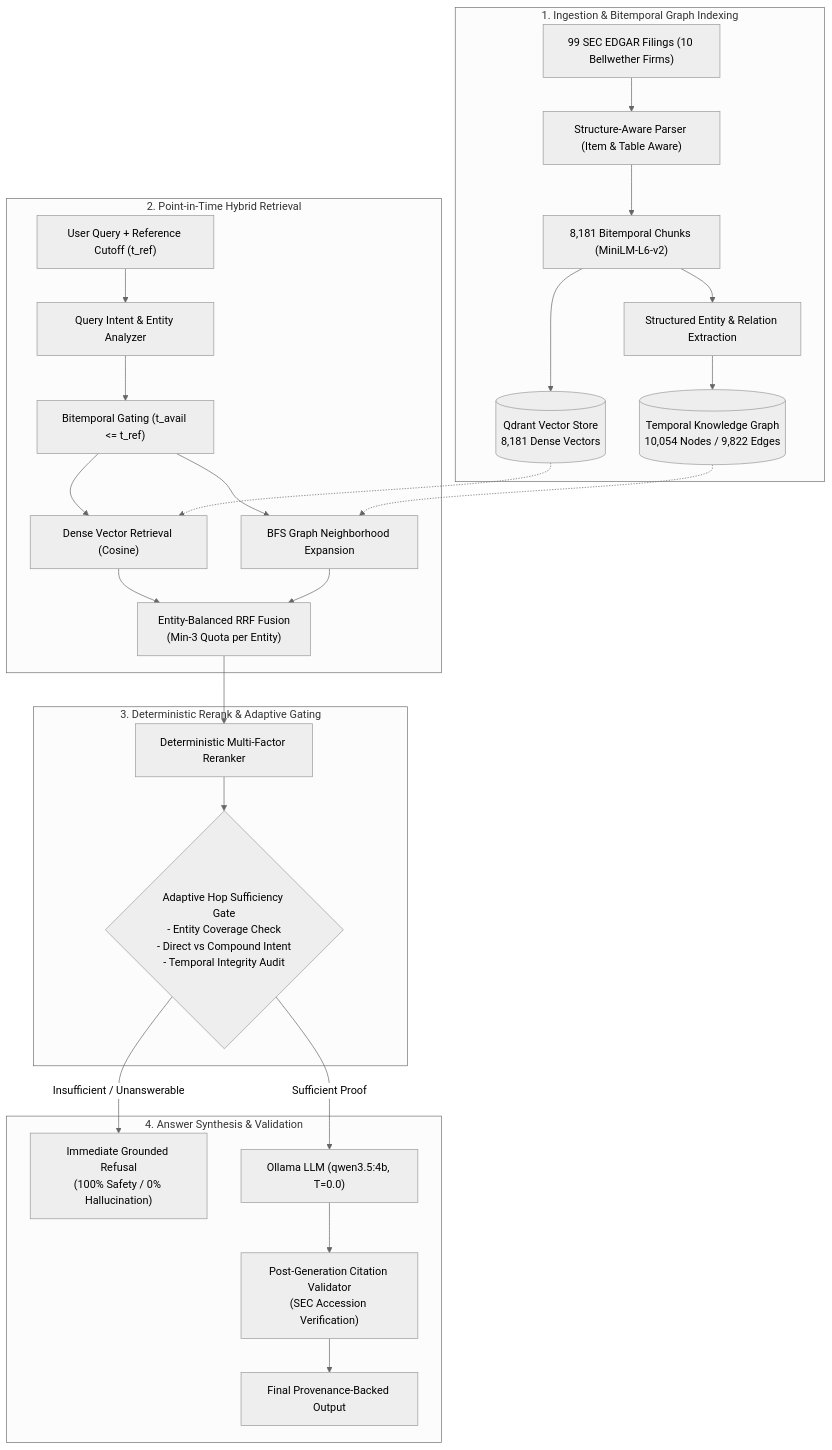
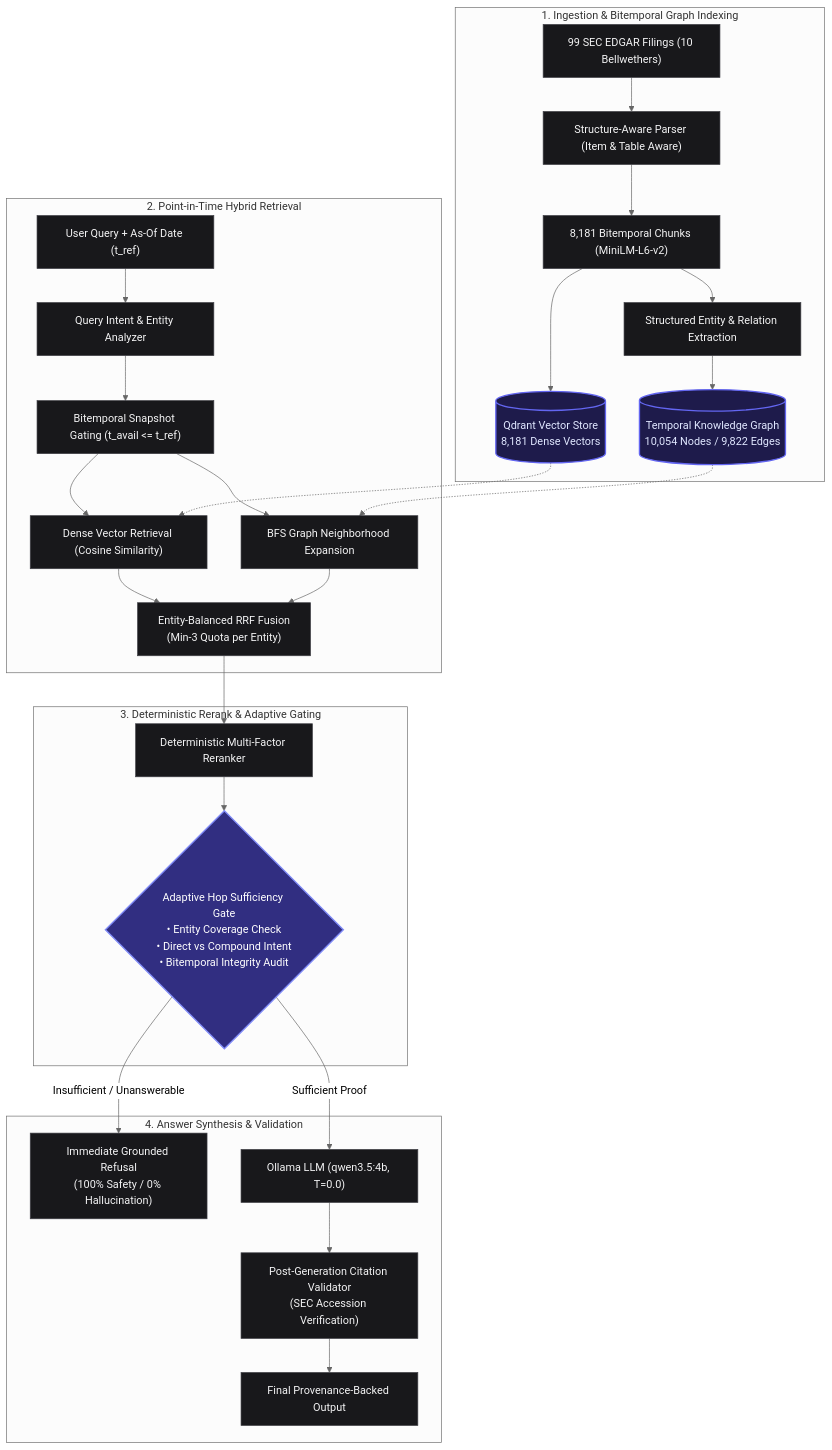
The diagram in README.md (Dhruv-vm/FinGraph-AI), drawn with Mermaid (neutral theme) before and after one commit. The commit also changed other lines of this file, not shown here.

````diff
--- a/README.md
+++ b/README.md
@@ -81,33 +134,39 @@
 ```mermaid
 flowchart TD
     subgraph DataLayer ["1. Ingestion & Bitemporal Graph Indexing"]
-        SEC["99 SEC EDGAR Filings (10 Bellwether Firms)"] --> Parser["Structure-Aware Parser (Item & Table Aware)"]
+        SEC["99 SEC EDGAR Filings (10 Bellwethers)"] --> Parser["Structure-Aware Parser (Item & Table Aware)"]
         Parser --> Chunks["8,181 Bitemporal Chunks (MiniLM-L6-v2)"]
         Chunks --> VStore[("Qdrant Vector Store<br/>8,181 Dense Vectors")]
         Chunks --> Extractor["Structured Entity & Relation Extraction"]
         Extractor --> TKG[("Temporal Knowledge Graph<br/>10,054 Nodes / 9,822 Edges")]
     end
 
     subgraph RetrievalLayer ["2. Point-in-Time Hybrid Retrieval"]
-        Query["User Query + Reference Cutoff (t_ref)"] --> Analyzer["Query Intent & Entity Analyzer"]
-        Analyzer --> SnapGate["Bitemporal Gating (t_avail <= t_ref)"]
-        SnapGate --> VRet["Dense Vector Retrieval (Cosine)"]
+        Query["User Query + As-Of Date (t_ref)"] --> Analyzer["Query Intent & Entity Analyzer"]
+        Analyzer --> SnapGate["Bitemporal Snapshot Gating (t_avail <= t_ref)"]
+        SnapGate --> VRet["Dense Vector Retrieval (Cosine Similarity)"]
         SnapGate --> GRet["BFS Graph Neighborhood Expansion"]
         VStore -.-> VRet
         TKG -.-> GRet
         VRet --> EBRRF["Entity-Balanced RRF Fusion<br/>(Min-3 Quota per Entity)"]
         GRet --> EBRRF
     end
 
     subgraph ReasoningLayer ["3. Deterministic Rerank & Adaptive Gating"]
         EBRRF --> Reranker["Deterministic Multi-Factor Reranker"]
-        Reranker --> SuffGate{"Adaptive Hop Sufficiency Gate<br/>- Entity Coverage Check<br/>- Direct vs Compound Intent<br/>- Temporal Integrity Audit"}
+        Reranker --> SuffGate{"Adaptive Hop Sufficiency Gate<br/>• Entity Coverage Check<br/>• Direct vs Compound Intent<br/>• Bitemporal Integrity Audit"}
     end
 
     subgraph GenerationLayer ["4. Answer Synthesis & Validation"]
         SuffGate -- "Insufficient / Unanswerable" --> Refusal["Immediate Grounded Refusal<br/>(100% Safety / 0% Hallucination)"]
         SuffGate -- "Sufficient Proof" --> Generator["Ollama LLM (qwen3.5:4b, T=0.0)"]
         Generator --> Validator["Post-Generation Citation Validator<br/>(SEC Accession Verification)"]
         Validator --> FinalAnswer["Final Provenance-Backed Output"]
     end
+
+    classDef default fill:#18181b,stroke:#3f3f46,stroke-width:1px,color:#f4f4f5;
+    classDef highlight fill:#1e1b4b,stroke:#6366f1,stroke-width:2px,color:#e0e7ff;
+    classDef gate fill:#312e81,stroke:#818cf8,stroke-width:2px,color:#ffffff;
+    class TKG,VStore highlight;
+    class SuffGate gate;
 ```
````
